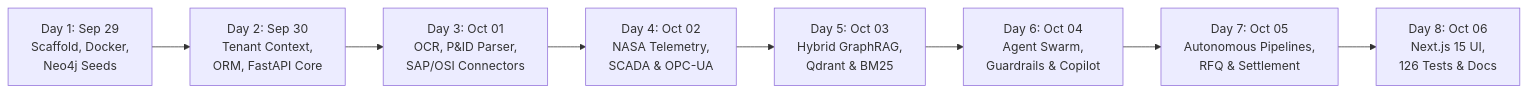
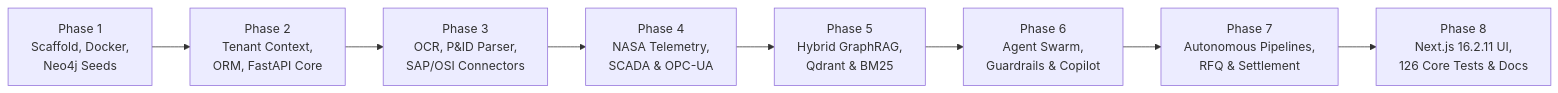
One commit to Niss54/Aurag changed the first of 2 diagrams in WISPR_EVIDENCE.md. Above: the diagram before and after it, drawn with Mermaid. The commit also changed other lines of this file and 8 other files, not shown here.

````diff
--- a/WISPR_EVIDENCE.md
+++ b/WISPR_EVIDENCE.md
@@ -63,10 +65,10 @@
 ```mermaid
 flowchart LR
-    D1["Day 1: Sep 29<br/>Scaffold, Docker,<br/>Neo4j Seeds"] --> D2["Day 2: Sep 30<br/>Tenant Context,<br/>ORM, FastAPI Core"]
-    D2 --> D3["Day 3: Oct 01<br/>OCR, P&ID Parser,<br/>SAP/OSI Connectors"]
-    D3 --> D4["Day 4: Oct 02<br/>NASA Telemetry,<br/>SCADA & OPC-UA"]
-    D4 --> D5["Day 5: Oct 03<br/>Hybrid GraphRAG,<br/>Qdrant & BM25"]
-    D5 --> D6["Day 6: Oct 04<br/>Agent Swarm,<br/>Guardrails & Copilot"]
-    D6 --> D7["Day 7: Oct 05<br/>Autonomous Pipelines,<br/>RFQ & Settlement"]
-    D7 --> D8["Day 8: Oct 06<br/>Next.js 15 UI,<br/>126 Tests & Docs"]
+    D1["Phase 1<br/>Scaffold, Docker,<br/>Neo4j Seeds"] --> D2["Phase 2<br/>Tenant Context,<br/>ORM, FastAPI Core"]
+    D2 --> D3["Phase 3<br/>OCR, P&ID Parser,<br/>SAP/OSI Connectors"]
+    D3 --> D4["Phase 4<br/>NASA Telemetry,<br/>SCADA & OPC-UA"]
+    D4 --> D5["Phase 5<br/>Hybrid GraphRAG,<br/>Qdrant & BM25"]
+    D5 --> D6["Phase 6<br/>Agent Swarm,<br/>Guardrails & Copilot"]
+    D6 --> D7["Phase 7<br/>Autonomous Pipelines,<br/>RFQ & Settlement"]
+    D7 --> D8["Phase 8<br/>Next.js 16.2.11 UI,<br/>126 Core Tests & Docs"]
 ```
````
